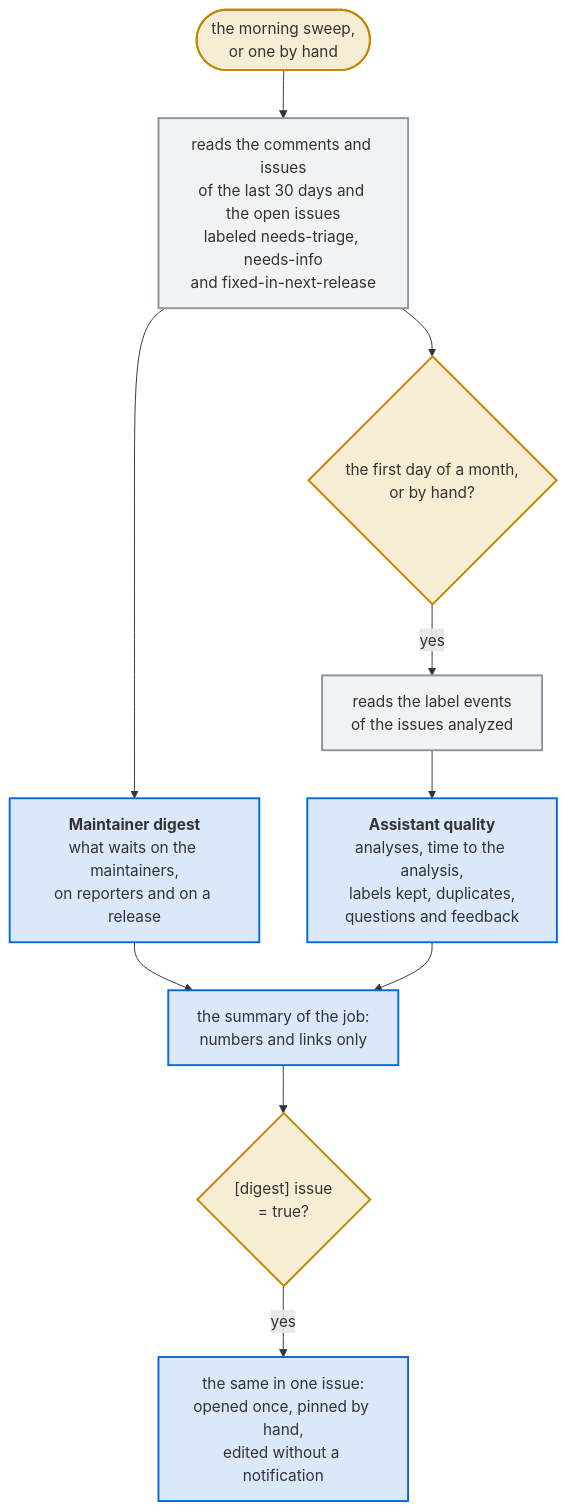
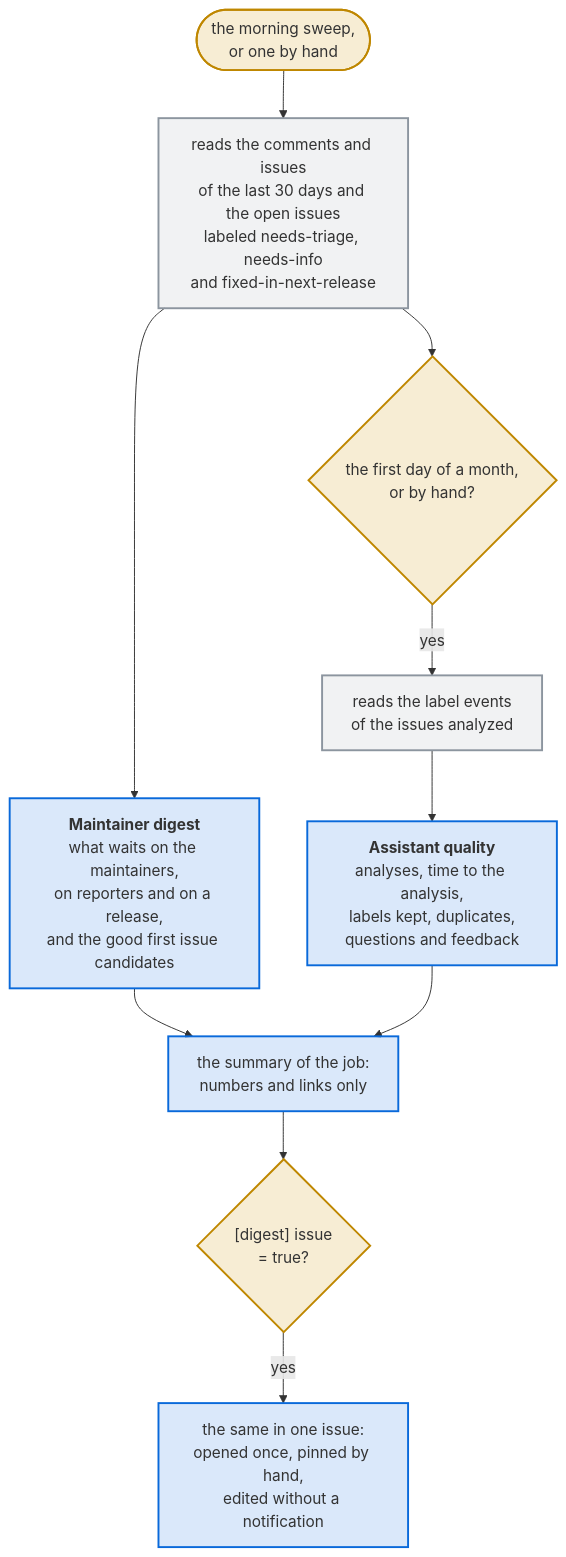
Before and after one commit to Dennis-Otto/issue-assistant: the diagram in docs/diagrams/what-the-morning-sweep-tells-the-maintainers.mmd, drawn with Mermaid. The commit also changed 24 other files, not shown here.

First line of the commit message:
feat: the digest names good first issue candidates for the maintainers to confirm

```diff
--- a/docs/diagrams/what-the-morning-sweep-tells-the-maintainers.mmd
+++ b/docs/diagrams/what-the-morning-sweep-tells-the-maintainers.mmd
@@ -1,20 +1,20 @@
 flowchart TB
   accTitle: What the morning sweep tells the maintainers
-  accDescr: After its steps, the morning sweep, or one started by hand, reads the comments and issues of the last 30 days and the open issues labeled needs-triage, needs-info and fixed-in-next-release. Its summary lists the issues that wait on the maintainers, those that wait on their reporters with the day of the reminder or the closing, and the fixed ones that wait for a release. On the first day of a month, and in a sweep started by hand, it reads the label events of the issues analyzed in those 30 days and adds the numbers of the assistant's quality. The summary holds numbers and links only, never the text of an issue. With the setting issue of the section digest, the sweep keeps the same in one issue, which it opens once and edits after that.
+  accDescr: After its steps, the morning sweep, or one started by hand, reads the comments and issues of the last 30 days and the open issues labeled needs-triage, needs-info and fixed-in-next-release. Its summary lists the issues that wait on the maintainers, those that wait on their reporters with the day of the reminder or the closing, and the fixed ones that wait for a release, and, where labels.toml has labels of the group contribution, the issues that a maintainer could offer to newcomers. On the first day of a month, and in a sweep started by hand, it reads the label events of the issues analyzed in those 30 days and adds the numbers of the assistant's quality. The summary holds numbers and links only, never the text of an issue. With the setting issue of the section digest, the sweep keeps the same in one issue, which it opens once and edits after that.
   sweep(["the morning sweep,<br>or one by hand"]) --> reads["reads the comments and issues<br>of the last 30 days and the open issues<br>labeled needs-triage, needs-info<br>and fixed-in-next-release"]
-  reads --> digest["`**Maintainer digest**<br>what waits on the maintainers,<br>on reporters and on a release`"]
+  reads --> digest["`**Maintainer digest**<br>what waits on the maintainers,<br>on reporters and on a release,<br>and the good first issue candidates`"]
   reads --> monthly{"the first day of a month,<br>or by hand?"}
   monthly -- "yes" --> events["reads the label events<br>of the issues analyzed"]
   events --> quality["`**Assistant quality**<br>analyses, time to the analysis,<br>labels kept, duplicates,<br>questions and feedback`"]
   digest --> summary["the summary of the job:<br>numbers and links only"]
   quality --> summary
   summary --> asked{"[digest] issue<br>= true?"}
   asked -- "yes" --> issue["the same in one issue:<br>opened once, pinned by hand,<br>edited without a notification"]
   classDef trigger fill:#d4a72c33,stroke:#bf8700,stroke-width:2px
   classDef question fill:#d4a72c33,stroke:#bf8700,stroke-width:2px
   classDef job fill:#8c959f1f,stroke:#8c959f,stroke-width:2px
   classDef person fill:#0969da26,stroke:#0969da,stroke-width:2px
   class sweep trigger
   class monthly,asked question
   class reads,events job
   class digest,quality,summary,issue person
```
